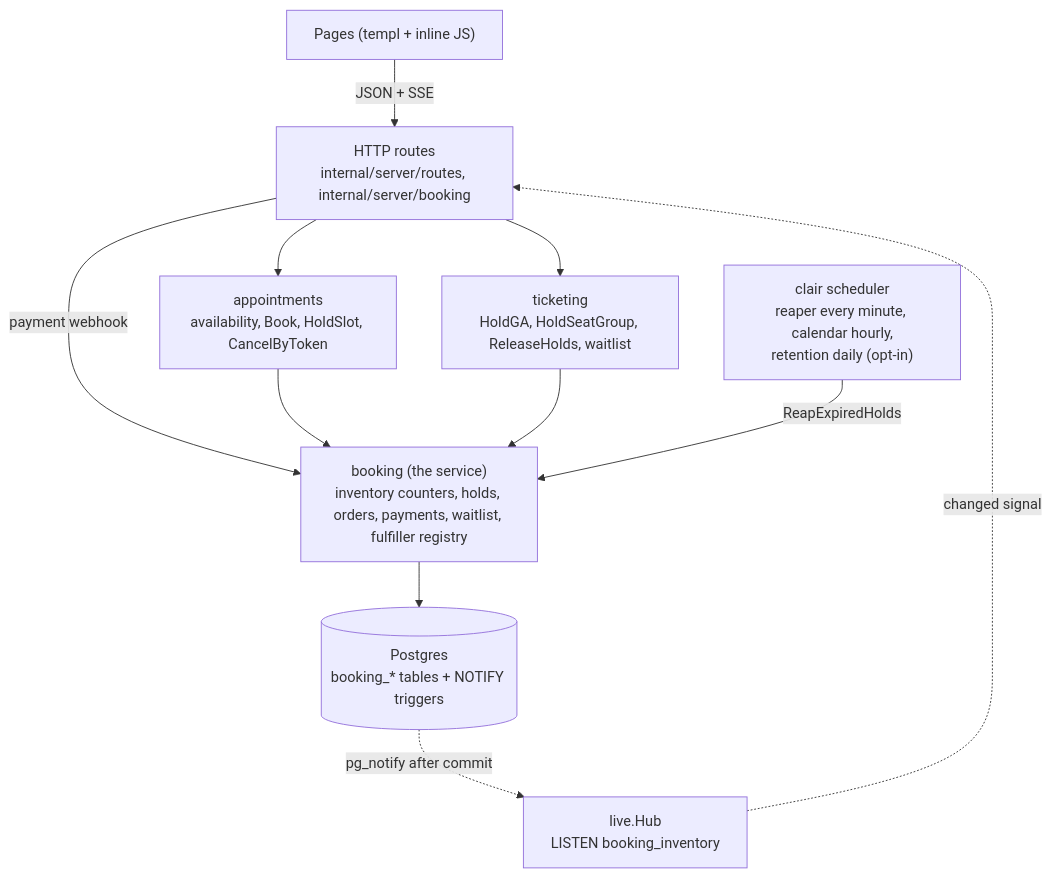
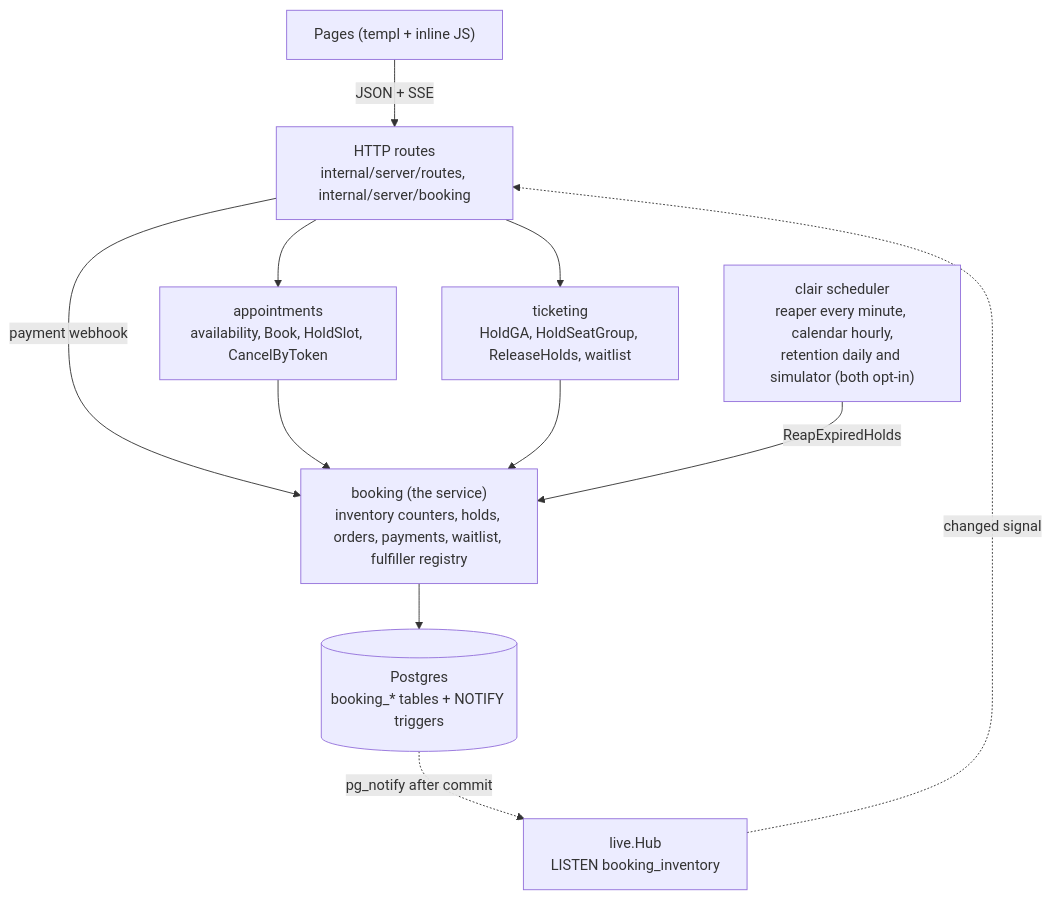
Before and after one commit to erancihan/clair: the first of 6 diagrams in docs/wiki/booking-service.md, drawn with Mermaid. The commit also changed other lines of this file and 9 other files, not shown here.

````diff
--- a/docs/wiki/booking-service.md
+++ b/docs/wiki/booking-service.md
@@ -9,22 +9,22 @@
 ```mermaid
 flowchart TB
     Pages["Pages (templ + inline JS)"]
     Routes["HTTP routes<br/>internal/server/routes, internal/server/booking"]
     Appt["appointments<br/>availability, Book, HoldSlot, CancelByToken"]
     Tix["ticketing<br/>HoldGA, HoldSeatGroup, ReleaseHolds, waitlist"]
     Svc["booking (the service)<br/>inventory counters, holds, orders, payments, waitlist, fulfiller registry"]
     PG[("Postgres<br/>booking_* tables + NOTIFY triggers")]
     Hub["live.Hub<br/>LISTEN booking_inventory"]
-    Sched["clair scheduler<br/>reaper every minute, calendar hourly,<br/>retention daily (opt-in)"]
+    Sched["clair scheduler<br/>reaper every minute, calendar hourly,<br/>retention daily and simulator (both opt-in)"]
 
     Pages -->|JSON + SSE| Routes
     Routes --> Appt
     Routes --> Tix
     Routes -->|payment webhook| Svc
     Appt --> Svc
     Tix --> Svc
     Svc --> PG
     Sched -->|ReapExpiredHolds| Svc
     PG -.->|pg_notify after commit| Hub
     Hub -.->|"changed" signal| Routes
 ```
````
